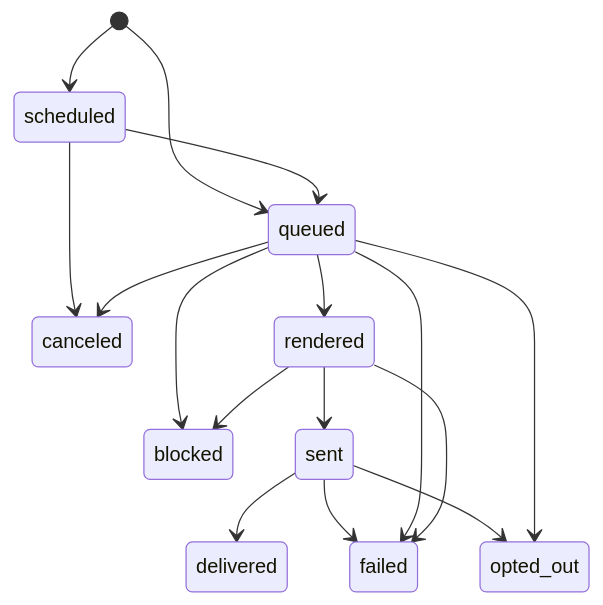
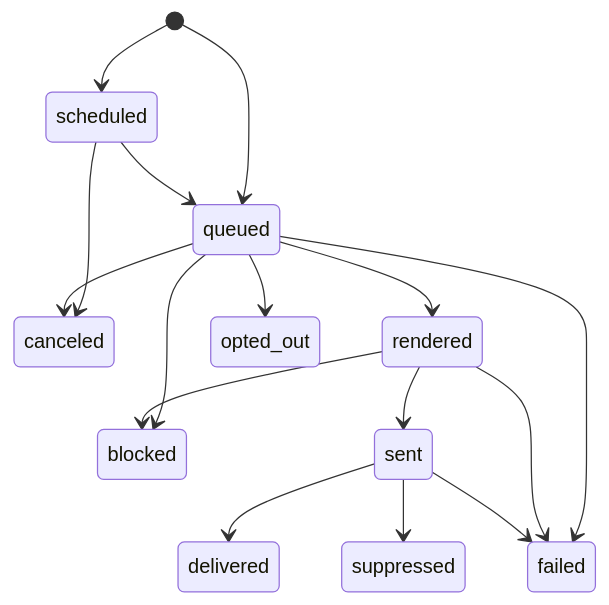
Before and after one commit to senderkit/docs: the diagram in concepts/messages.mdx, drawn with Mermaid. The commit also changed other lines of this file and 3 other files, not shown here.

First line of the commit message:
docs: opted_out/suppressed message-status fix, logs retry, inbound custom domains

````diff
--- a/concepts/messages.mdx
+++ b/concepts/messages.mdx
@@ -15,18 +15,18 @@
 ```mermaid
 stateDiagram-v2
     [*] --> queued
     [*] --> scheduled
     scheduled --> queued
     scheduled --> canceled
     queued --> rendered
     queued --> canceled
     queued --> blocked
+    queued --> opted_out
+    queued --> failed
     rendered --> sent
     rendered --> blocked
+    rendered --> failed
     sent --> delivered
     sent --> failed
-    sent --> opted_out
-    queued --> opted_out
-    queued --> failed
-    rendered --> failed
+    sent --> suppressed
 ```
````
